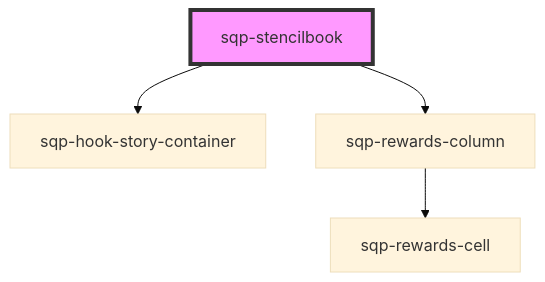
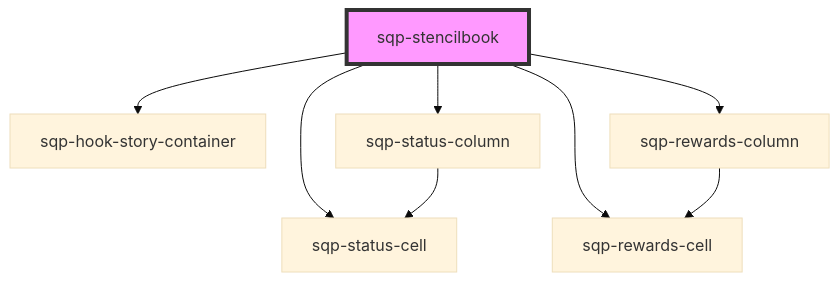
The diagram in packages/paypal-components/src/components/sqp-stencilbook/readme.md (saasquatch/program-tools), drawn with Mermaid (base theme) before and after one commit. The commit also changed other lines of this file and 5 other files, not shown here.

````diff
--- a/packages/paypal-components/src/components/sqp-stencilbook/readme.md
+++ b/packages/paypal-components/src/components/sqp-stencilbook/readme.md
@@ -16,7 +19,11 @@
 ```mermaid
 graph TD;
   sqp-stencilbook --> sqp-hook-story-container
+  sqp-stencilbook --> sqp-status-cell
+  sqp-stencilbook --> sqp-status-column
+  sqp-stencilbook --> sqp-rewards-cell
   sqp-stencilbook --> sqp-rewards-column
+  sqp-status-column --> sqp-status-cell
   sqp-rewards-column --> sqp-rewards-cell
   style sqp-stencilbook fill:#f9f,stroke:#333,stroke-width:4px
 ```
````
